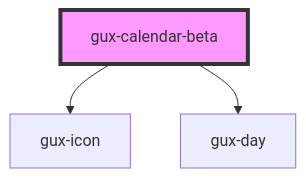
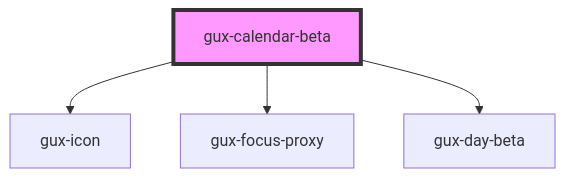
The diagram in packages/genesys-spark-components/src/components/beta/gux-calendar-beta/components/single/readme.md (MyPureCloud/genesys-spark), drawn with Mermaid before and after one commit. The commit also changed other lines of this file and 8 other files, not shown here.

Commit message:
test(calendar-beta): Update tests, fix some minor a11y issues

````diff
--- a/packages/genesys-spark-components/src/components/beta/gux-calendar-beta/components/single/readme.md
+++ b/packages/genesys-spark-components/src/components/beta/gux-calendar-beta/components/single/readme.md
@@ -16,6 +17,7 @@
 ```mermaid
 graph TD;
   gux-calendar-beta --> gux-icon
-  gux-calendar-beta --> gux-day
+  gux-calendar-beta --> gux-focus-proxy
+  gux-calendar-beta --> gux-day-beta
   style gux-calendar-beta fill:#f9f,stroke:#333,stroke-width:4px
 ```
````
